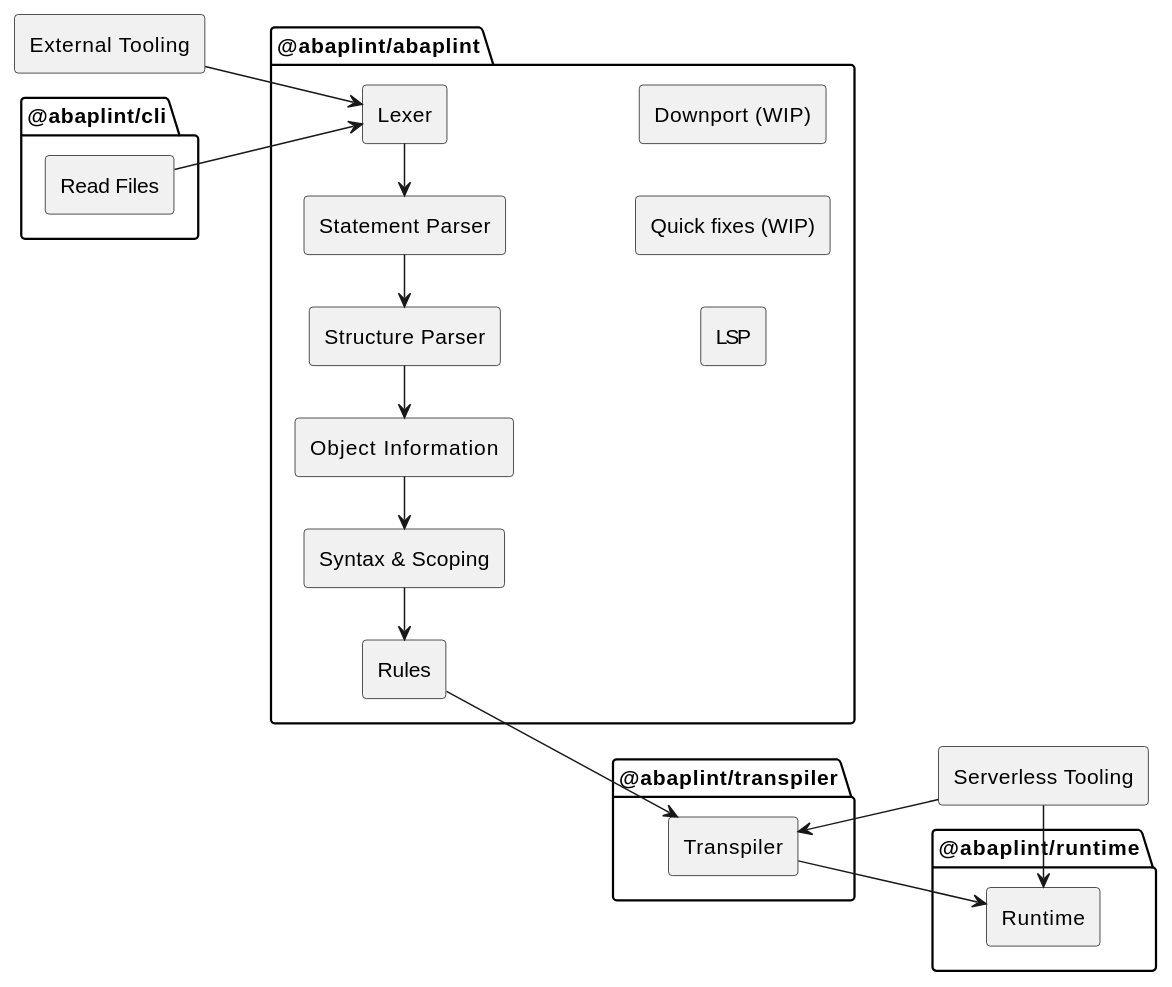
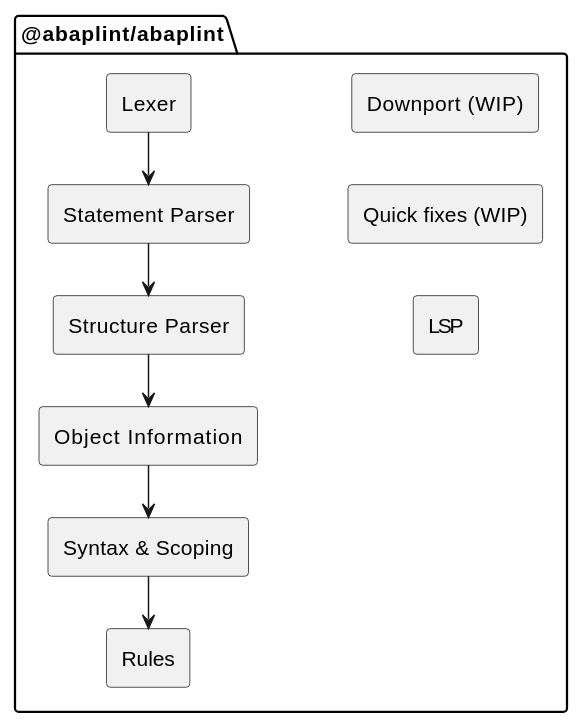
The third of 6 diagrams in docs/design/index.adoc (abaplint/abaplint), drawn with PlantUML before and after one commit. The commit also changed other lines of this file and 6 other files, not shown here.

```diff
--- a/docs/design/index.adoc
+++ b/docs/design/index.adoc
@@ -17,54 +90,29 @@
-[plantuml, components, svg]
+[plantuml, pipeline, svg]
 ....
 left to right direction
 skinparam monochrome true
 
 package "@abaplint/abaplint" as abaplint {
   rectangle "Lexer" as lexer
 
   rectangle "Statement Parser" as statement_parser
   rectangle "Structure Parser" as structure_parser
   rectangle "Object Information" as object_information
   rectangle "Syntax & Scoping" as syntax
   rectangle "Rules" as rules
 
   rectangle "Downport (WIP)" as downport
   rectangle "Quick fixes (WIP)" as quick_fixes
   rectangle "LSP" as lsp
 
   lexer -left-> statement_parser
   statement_parser -left-> structure_parser
   structure_parser -left-> object_information
   object_information -left-> syntax
   syntax -left-> rules
 
   lexer -[hidden]-> downport
   statement_parser -[hidden]-> quick_fixes
   structure_parser -[hidden]-> lsp
 }
-
-rectangle "External Tooling" as tooling
-tooling --> lexer
-
-package "@abaplint/cli" {
-  rectangle "Read Files" as read_files
-}
-read_files --> lexer
-
-package "@abaplint/transpiler" as package_transpiler {
-  rectangle "Transpiler" as transpiler
-}
-
-rules -down-> transpiler
-
-package "@abaplint/runtime" as package_runtime {
-  rectangle "Runtime" as runtime
-}
-
-transpiler --> runtime
-
-rectangle "Serverless Tooling" as serverless
-serverless -left-> transpiler
-serverless -left-> runtime
-
 ....
```
